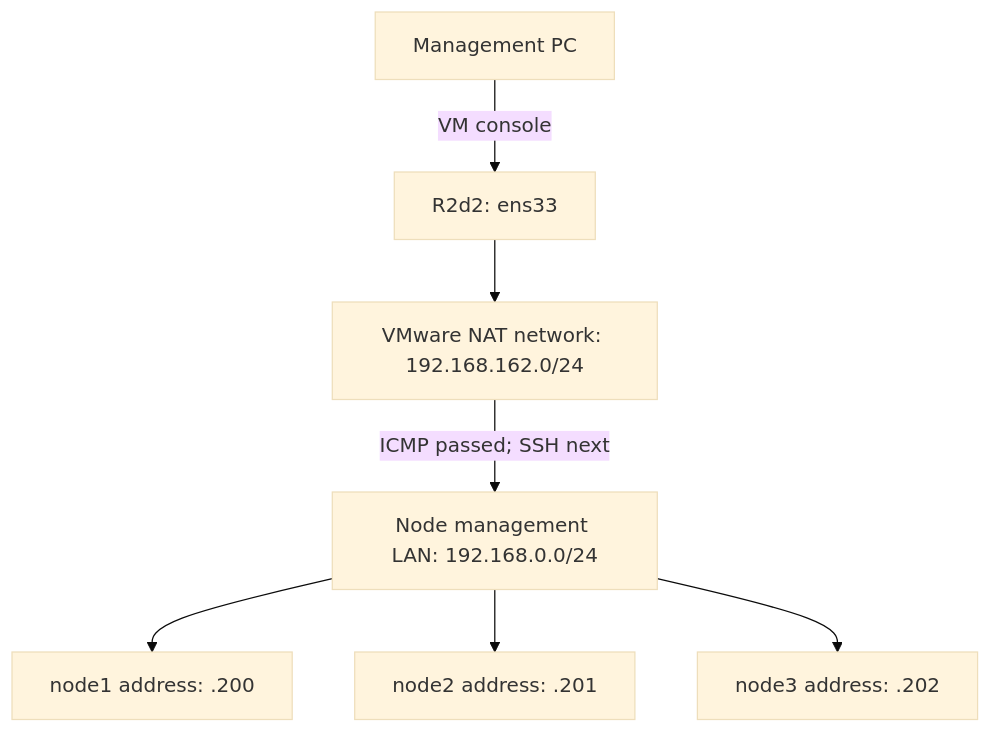
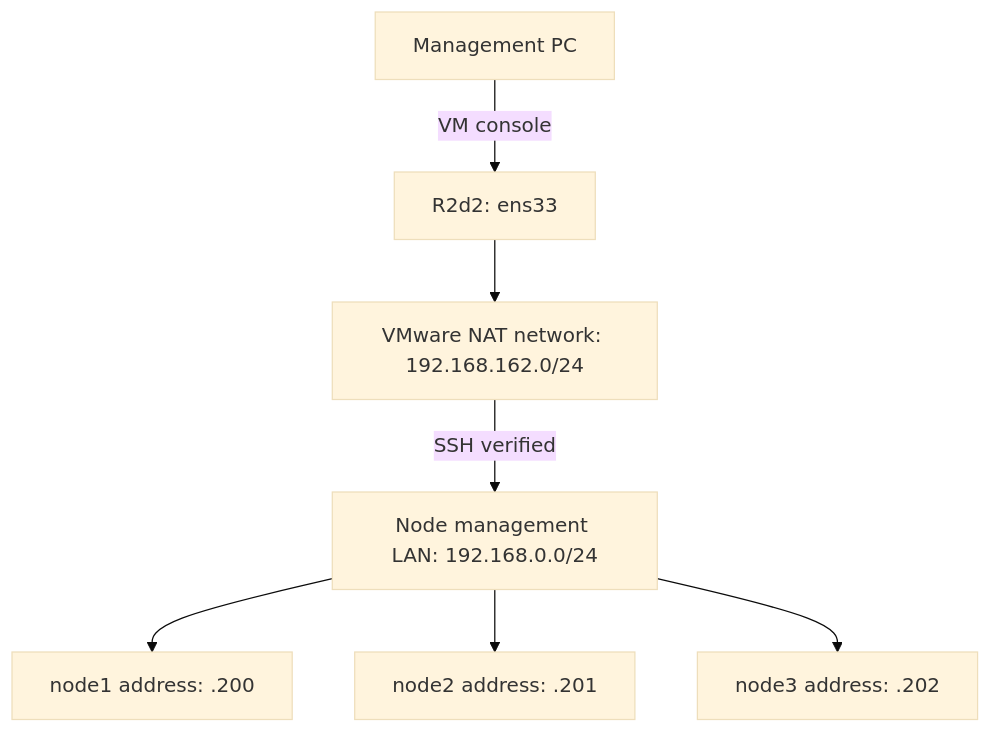
One commit to DinosaurKeys/openstack-from-zero changed the diagram in docs/phase-01/01-r2d2.md. Above: the diagram before and after it, drawn with Mermaid (base theme). The commit also changed other lines of this file and 8 other files, not shown here.

````diff
--- a/docs/phase-01/01-r2d2.md
+++ b/docs/phase-01/01-r2d2.md
@@ -24,9 +24,9 @@
 ```mermaid
 flowchart TD
     PC["Management PC"] -->|"VM console"| VM["R2d2: ens33"]
     VM --> NAT["VMware NAT network: 192.168.162.0/24"]
-    NAT -->|"ICMP passed; SSH next"| LAN["Node management LAN: 192.168.0.0/24"]
+    NAT -->|"SSH verified"| LAN["Node management LAN: 192.168.0.0/24"]
     LAN --> N1["node1 address: .200"]
     LAN --> N2["node2 address: .201"]
     LAN --> N3["node3 address: .202"]
 ```
````
